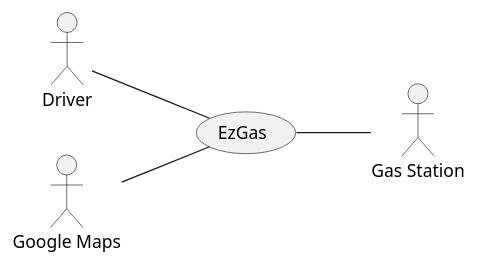
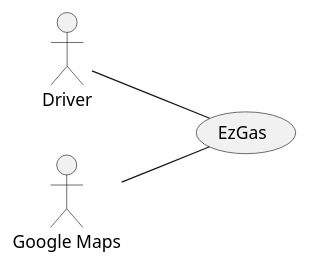
One commit to s271532/myEzgas changed the first of 5 diagrams in requirements.md. Above: the diagram before and after it, drawn with PlantUML. The commit also changed other lines of this file, not shown here.

Commit message:
docs: modifed Stories and Personas paragraph, fixed typos and uml graph of context diagram

````diff
--- a/requirements.md
+++ b/requirements.md
@@ -56,9 +56,7 @@
 ```plantuml
 left to right direction
 actor Driver as d
 actor "Google Maps" as g
-actor "Gas Station" as s
 d -- (EzGas)
 g -- (EzGas)
-(EzGas) -- s
 ```
````
